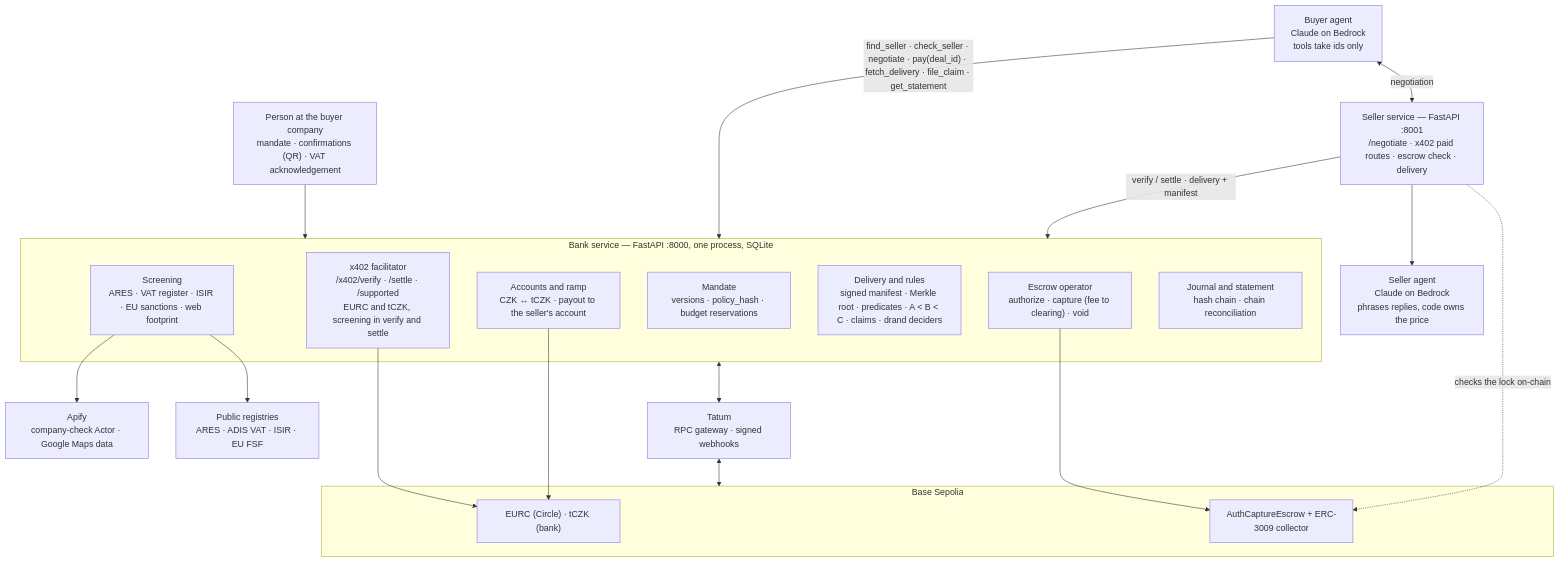
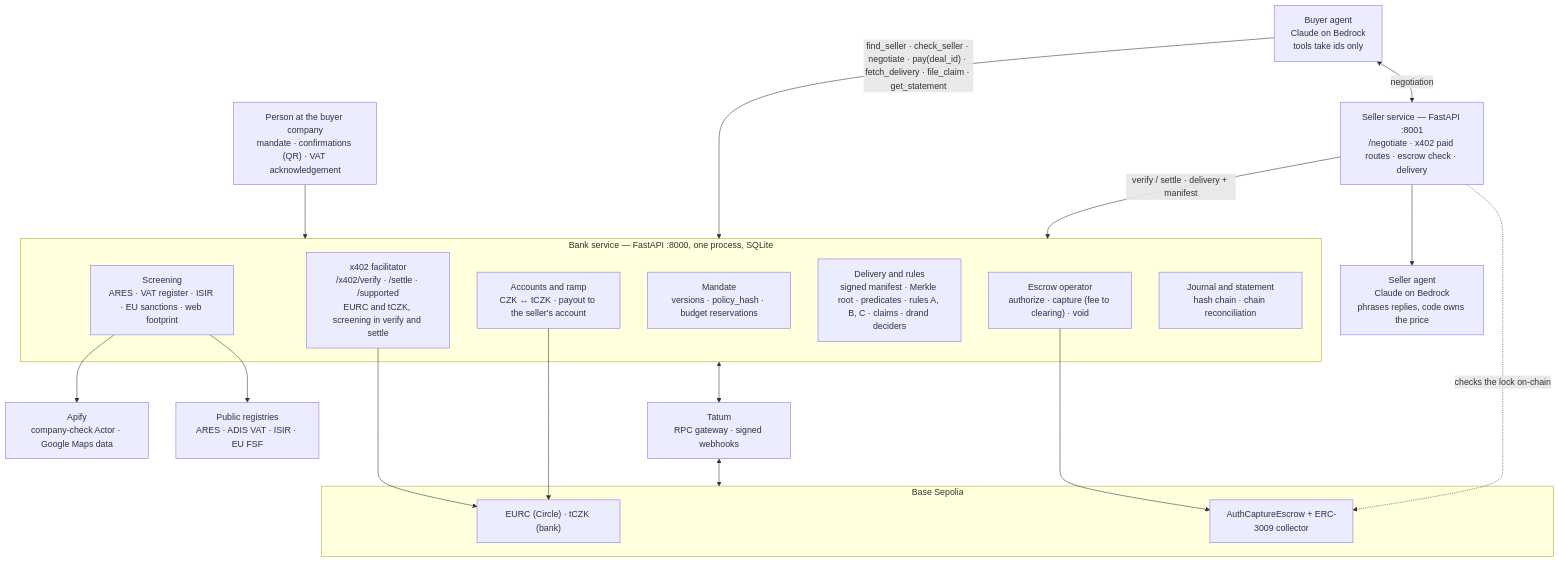
The first of 2 diagrams in README.md (13Belka13/collabse-fintechers), drawn with Mermaid before and after one commit.

Commit message:
Avoid HTML entities in the README architecture diagram

````diff
--- a/README.md
+++ b/README.md
@@ -186,37 +186,37 @@
 ```mermaid
 flowchart TB
     H["Person at the buyer company<br/>mandate · confirmations (QR) · VAT acknowledgement"]
     BA["Buyer agent<br/>Claude on Bedrock<br/>tools take ids only"]
     SA["Seller agent<br/>Claude on Bedrock<br/>phrases replies, code owns the price"]
     subgraph BANK["Bank service — FastAPI :8000, one process, SQLite"]
         M["Mandate<br/>versions · policy_hash · budget reservations"]
         SC["Screening<br/>ARES · VAT register · ISIR · EU sanctions · web footprint"]
         F["x402 facilitator<br/>/x402/verify · /settle · /supported<br/>EURC and tCZK, screening in verify and settle"]
         E["Escrow operator<br/>authorize · capture (fee to clearing) · void"]
-        R["Delivery and rules<br/>signed manifest · Merkle root · predicates · A &lt; B &lt; C · claims · drand deciders"]
+        R["Delivery and rules<br/>signed manifest · Merkle root · predicates · rules A, B, C · claims · drand deciders"]
         K["Accounts and ramp<br/>CZK ↔ tCZK · payout to the seller's account"]
         J["Journal and statement<br/>hash chain · chain reconciliation"]
     end
     S["Seller service — FastAPI :8001<br/>/negotiate · x402 paid routes · escrow check · delivery"]
     AP["Apify<br/>company-check Actor · Google Maps data"]
     REG["Public registries<br/>ARES · ADIS VAT · ISIR · EU FSF"]
     subgraph CHAIN["Base Sepolia"]
         T["EURC (Circle) · tCZK (bank)"]
         ESC["AuthCaptureEscrow + ERC-3009 collector"]
     end
     TA["Tatum<br/>RPC gateway · signed webhooks"]
 
     H --> BANK
     BA -->|"find_seller · check_seller · negotiate · pay(deal_id) · fetch_delivery · file_claim · get_statement"| BANK
     BA <-->|"negotiation"| S
     S --> SA
     S -->|"verify / settle · delivery + manifest"| BANK
     SC --> REG
     SC --> AP
     E --> ESC
     F --> T
     K --> T
     BANK <--> TA
     TA <--> CHAIN
     S -.->|"checks the lock on-chain"| ESC
 ```
````
